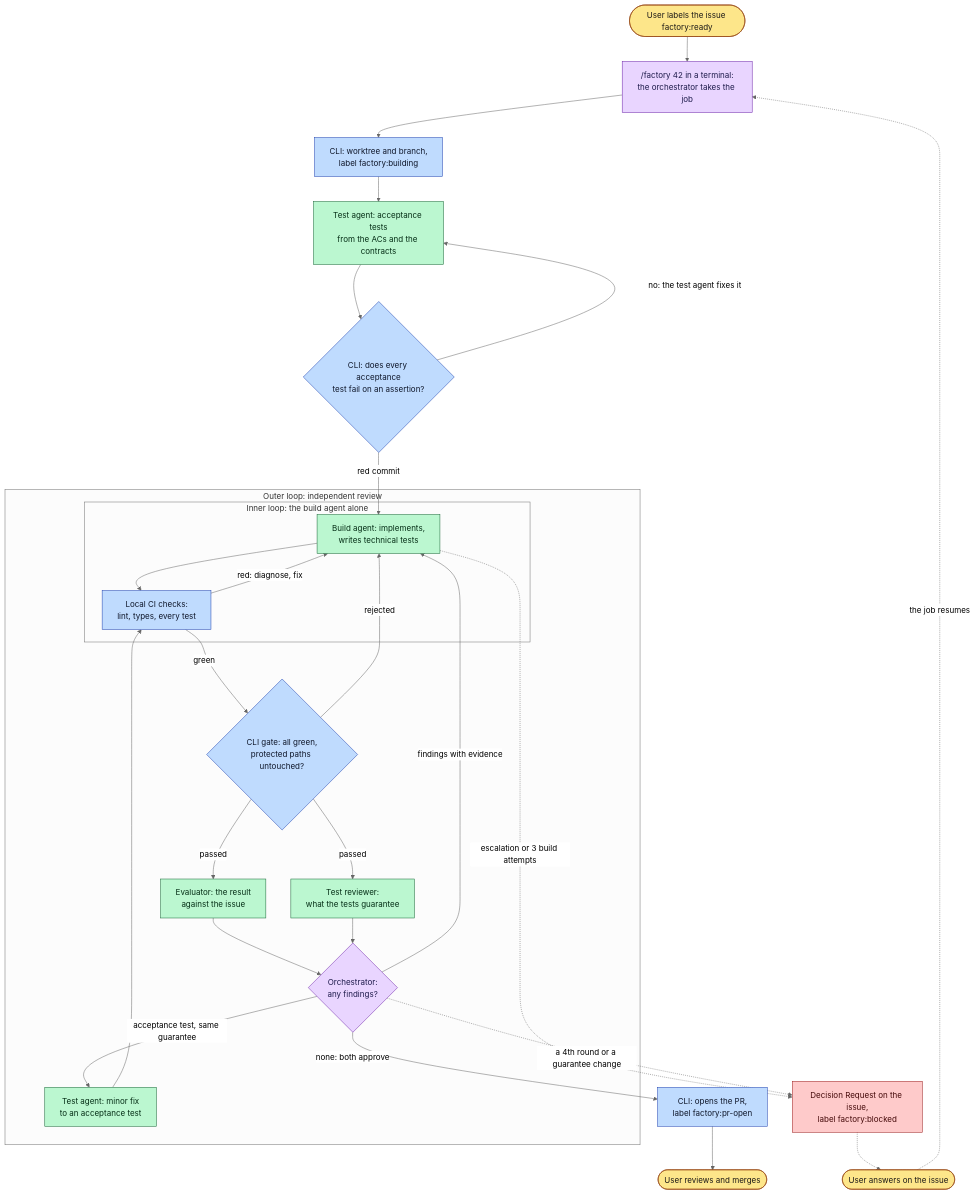
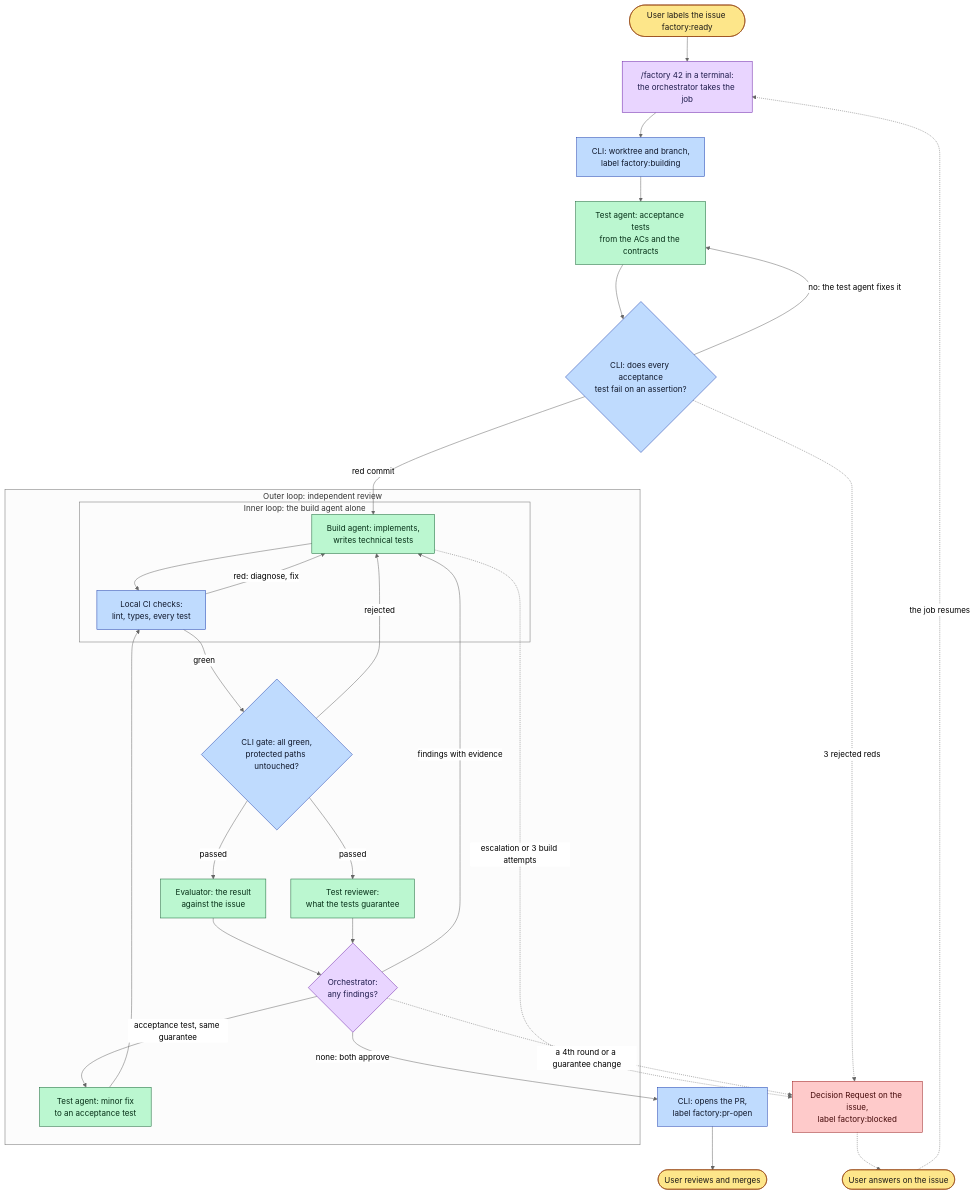
One commit to moralesbang/wandr changed the first of 7 diagrams in factory/README.md. Above: the diagram before and after it, drawn with Mermaid (neutral theme). The commit also changed other lines of this file and 7 other files, not shown here.

````diff
--- a/factory/README.md
+++ b/factory/README.md
@@ -9,53 +9,54 @@
 ```mermaid
 flowchart TD
     ready(["User labels the issue factory:ready"])
     start["/factory 42 in a terminal:<br/>the orchestrator takes the job"]
     wt["CLI: worktree and branch,<br/>label factory:building"]
     test["Test agent: acceptance tests<br/>from the ACs and the contracts"]
     red{"CLI: does every acceptance<br/>test fail on an assertion?"}
 
     ready --> start --> wt --> test --> red
     red -->|"no: the test agent fixes it"| test
 
     subgraph outer ["Outer loop: independent review"]
         subgraph inner ["Inner loop: the build agent alone"]
             build["Build agent: implements,<br/>writes technical tests"]
             checks["Local CI checks:<br/>lint, types, every test"]
             build --> checks
             checks -->|"red: diagnose, fix"| build
         end
         gate{"CLI gate: all green,<br/>protected paths untouched?"}
         eval["Evaluator: the result<br/>against the issue"]
         tqr["Test reviewer:<br/>what the tests guarantee"]
         verdict{"Orchestrator:<br/>any findings?"}
         atfix["Test agent: minor fix<br/>to an acceptance test"]
         checks -->|green| gate
         gate -->|rejected| build
         gate -->|passed| eval & tqr
         eval --> verdict
         tqr --> verdict
         verdict -->|"findings with evidence"| build
         verdict -->|"acceptance test, same guarantee"| atfix
         atfix --> checks
     end
 
     red -->|"red commit"| build
     verdict -->|"none: both approve"| pr["CLI: opens the PR,<br/>label factory:pr-open"]
     pr --> merged(["User reviews and merges"])
 
+    red -.->|"3 rejected reds"| dr
     build -.->|"escalation or 3 build attempts"| dr
     verdict -.->|"a 4th round or a guarantee change"| dr
     dr["Decision Request on the issue,<br/>label factory:blocked"] -.-> decide(["User answers on the issue"])
     decide -.->|"the job resumes"| start
 
     classDef user fill:#fde68a,stroke:#92400e,color:#1c1917
     classDef orch fill:#e9d5ff,stroke:#6b21a8,color:#1e1b4b
     classDef cli fill:#bfdbfe,stroke:#1e40af,color:#0f172a
     classDef agent fill:#bbf7d0,stroke:#166534,color:#052e16
     classDef wait fill:#fecaca,stroke:#991b1b,color:#450a0a
     class ready,merged,decide user
     class start,verdict orch
     class wt,red,checks,gate,pr cli
     class test,build,eval,tqr,atfix agent
     class dr wait
 ```
````
